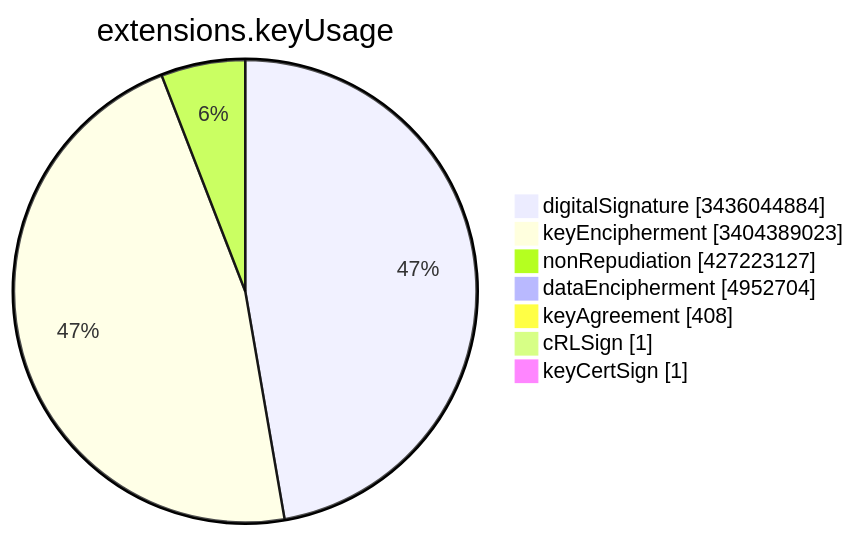
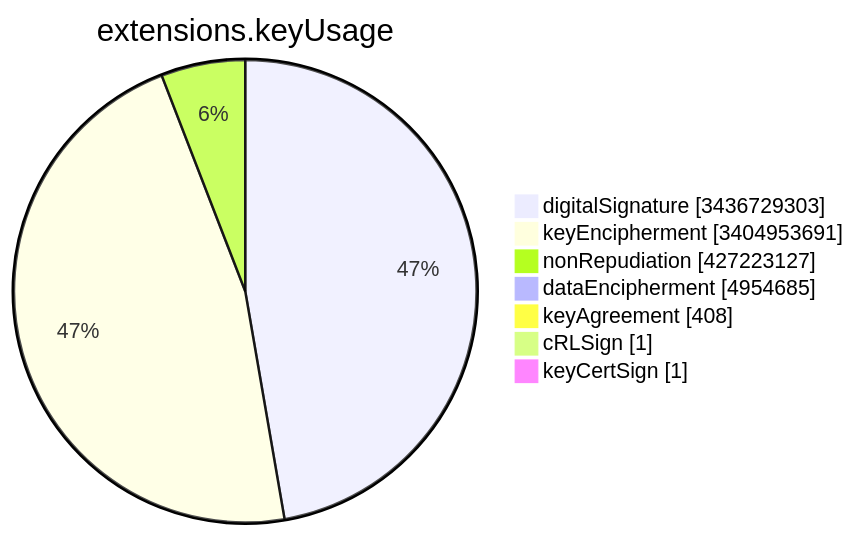
One commit to christiankrug/ctmonitor_visualization changed the sixth of 15 diagrams in TOTAL/README.md. Above: the diagram before and after it, drawn with Mermaid. The commit also changed other lines of this file, not shown here.

````diff
--- a/TOTAL/README.md
+++ b/TOTAL/README.md
@@ -3081,11 +3081,11 @@
 ```mermaid
 pie showData
 title extensions.keyUsage
-"digitalSignature" :3436044884
-"keyEncipherment" :3404389023
+"digitalSignature" :3436729303
+"keyEncipherment" :3404953691
 "nonRepudiation" :427223127
-"dataEncipherment" :4952704
+"dataEncipherment" :4954685
 "keyAgreement" :408
 "cRLSign" :1
 "keyCertSign" :1
 ```
````
